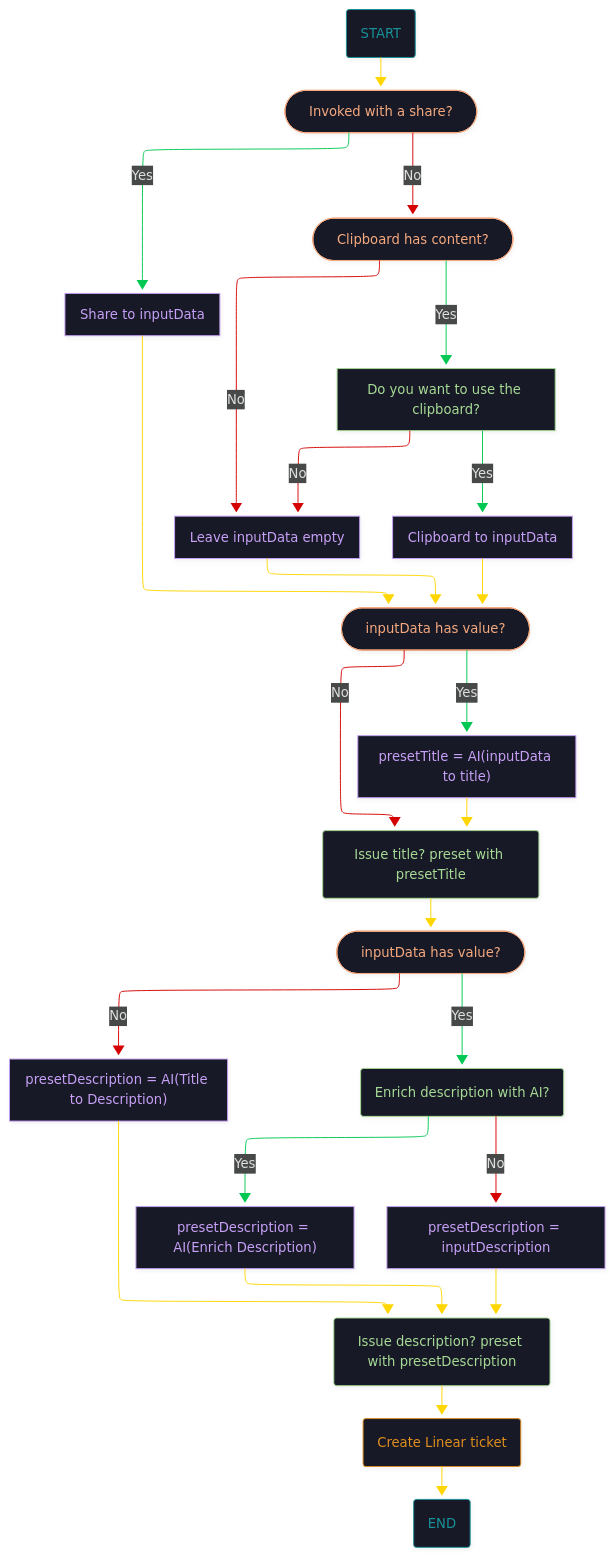
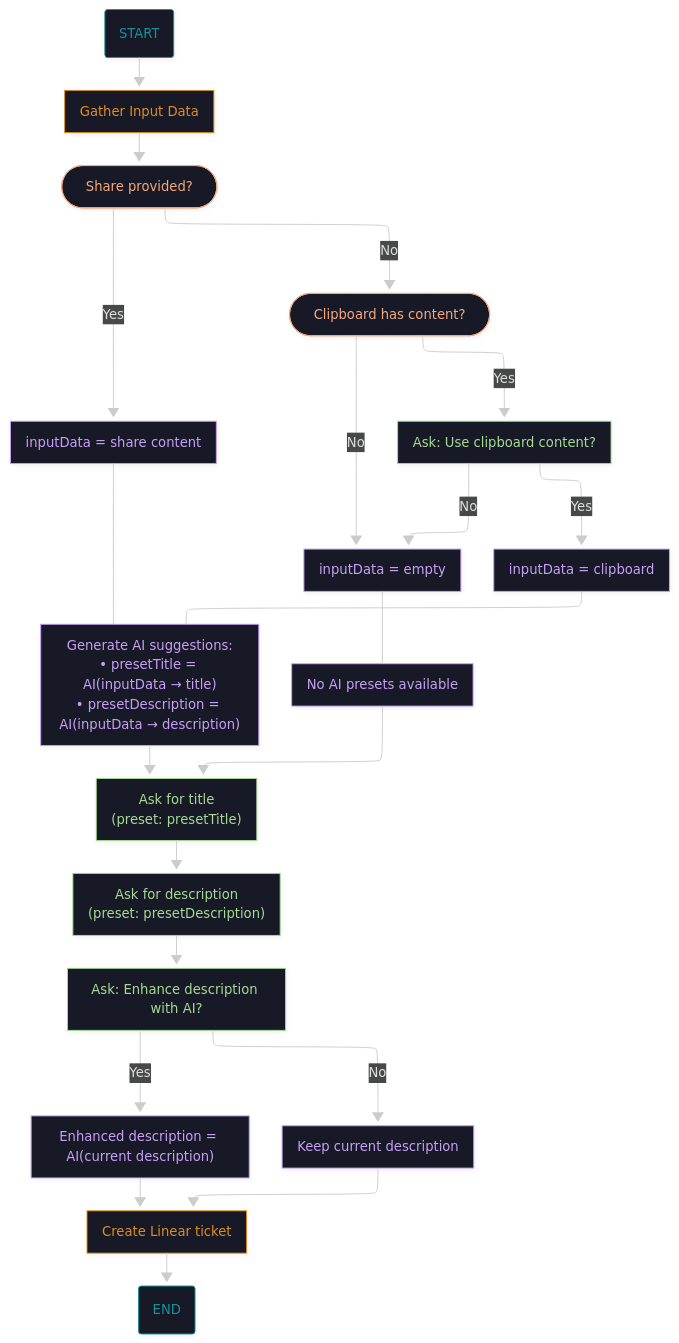
Before and after one commit to synmux/myriad: the diagram in code/shortcuts/linear/linear.mmd, drawn with Mermaid.

Commit message:
🎨 Simplify Linear workflow flowchart structure and logic
Refactored the mermaid flowchart to reduce complexity by consolidating
decision nodes and streamlining the flow logic. The new structure
groups related operations together and eliminates redundant paths,
making the workflow easier to understand while maintaining the same
functional behavior for the Linear ticket creation process.

```diff
--- a/code/shortcuts/linear/linear.mmd
+++ b/code/shortcuts/linear/linear.mmd
@@ -1,78 +1,52 @@
 ---
 config:
   theme: neo-dark
   layout: elk
   look: neo
 id: e4fc0bd5-0909-4b80-be2b-a7f50e0d766b
 ---
 flowchart TD
-  n1("START") --> n3(["Invoked with a share?"])
-  n3 -- No --> n4(["Clipboard has content?"])
-  n3 -- Yes --> n6["Share to inputData"]
-  n4 -- No --> n2["Leave inputData empty"]
-  n4 -- Yes --> n5["Do you want to use the clipboard?"]
-  n5 -- Yes --> n8["Clipboard to inputData"]
-  n5 -- No --> n2
-  n10(["inputData has value?"]) -- Yes --> n7["presetTitle = AI(inputData to title)"]
-  n7 --> n11("Issue title? preset with presetTitle")
-  n10 -- No --> n11
-  n11 --> n14(["inputData has value?"])
-  n14 -- No --> n13["presetDescription = AI(Title to Description)"]
-  n14 -- Yes --> n12("Enrich description with AI?")
-  n12 -- Yes --> n15["presetDescription = AI(Enrich Description)"]
-  n12 -- No --> n16["presetDescription = inputDescription"]
-  n13 --> n17("Issue description? preset with presetDescription")
-  n15 --> n17
+  n1("START") --> n2["Gather Input Data"]
+  n2 --> n3(["Share provided?"])
+  n3 -- Yes --> n4["inputData = share content"]
+  n3 -- No --> n5(["Clipboard has content?"])
+  n5 -- Yes --> n6["Ask: Use clipboard content?"]
+  n5 -- No --> n7["inputData = empty"]
+  n6 -- Yes --> n8["inputData = clipboard"]
+  n6 -- No --> n7
+  n10["Generate AI suggestions:<br/>• presetTitle = AI(inputData → title)<br/>• presetDescription = AI(inputData → description)"]
+  n11["No AI presets available"]
+  n10 --> n12["Ask for title<br/>(preset: presetTitle)"]
+  n11 --> n12
+  n12 --> n13["Ask for description<br/>(preset: presetDescription)"]
+  n13 --> n14["Ask: Enhance description with AI?"]
+  n14 -- Yes --> n15["Enhanced description = AI(current description)"]
+  n14 -- No --> n16["Keep current description"]
+  n15 --> n17["Create Linear ticket"]
   n16 --> n17
-  n8 --> n10
-  n2 --> n10
-  n6 --> n10
-  n17 --> n18("Create Linear ticket")
-  n18 --> n19("END")
+  n17 --> n18("END")
   n1:::endpoint
+  n2:::action
   n3:::decision
-  n4:::decision
-  n6:::variable
-  n2:::variable
-  n5:::question
+  n4:::variable
+  n5:::decision
+  n6:::question
+  n7:::variable
   n8:::variable
-  n10:::decision
-  n7:::variable
-  n11:::question
-  n14:::decision
-  n13:::variable
+  n10:::variable
+  n11:::variable
   n12:::question
+  n13:::question
+  n14:::question
   n15:::variable
   n16:::variable
-  n17:::question
-  n18:::action
-  n19:::endpoint
+  n17:::action
+  n18:::endpoint
   classDef question fill:#181926, stroke-width:1px, stroke-dasharray:none, stroke:#a6da95, color:#a6da95
   classDef variable fill:#181926, stroke-width:1px, stroke-dasharray:none, stroke:#c6a0f6, color:#c6a0f6
   classDef decision fill:#181926, stroke-width:1px, stroke-dasharray:none, stroke:#f5a97f, color:#f5a97f
-  classDef intermediate fill:#181926, stroke-width:1px, stroke-dasharray:none, stroke:#e64553, color:#e64553
   classDef endpoint fill:#181926, stroke-width:1px, stroke-dasharray:none, stroke:#179299, color:#179299
   classDef action fill:#181926, stroke-width:1px, stroke-dasharray:none, stroke:#df8e1d, color:#df8e1d
-  linkStyle 0 stroke:#FFD600,fill:none
-  linkStyle 1 stroke:#D50000,fill:none
-  linkStyle 2 stroke:#00C853,fill:none
-  linkStyle 3 stroke:#D50000,fill:none
-  linkStyle 4 stroke:#00C853,fill:none
-  linkStyle 5 stroke:#00C853,fill:none
-  linkStyle 6 stroke:#D50000,fill:none
-  linkStyle 7 stroke:#00C853,fill:none
-  linkStyle 8 stroke:#FFD600,fill:none
-  linkStyle 9 stroke:#D50000,fill:none
-  linkStyle 10 stroke:#FFD600,fill:none
-  linkStyle 11 stroke:#D50000,fill:none
-  linkStyle 12 stroke:#00C853,fill:none
-  linkStyle 13 stroke:#00C853,fill:none
-  linkStyle 14 stroke:#D50000,fill:none
-  linkStyle 15 stroke:#FFD600,fill:none
-  linkStyle 16 stroke:#FFD600,fill:none
-  linkStyle 17 stroke:#FFD600,fill:none
-  linkStyle 18 stroke:#FFD600,fill:none
-  linkStyle 19 stroke:#FFD600,fill:none
-  linkStyle 20 stroke:#FFD600,fill:none
-  linkStyle 21 stroke:#FFD600,fill:none
-  linkStyle 22 stroke:#FFD600,fill:none
+	n7 --- n11
+	n4 --- n10
+	n8 --- n10
```
